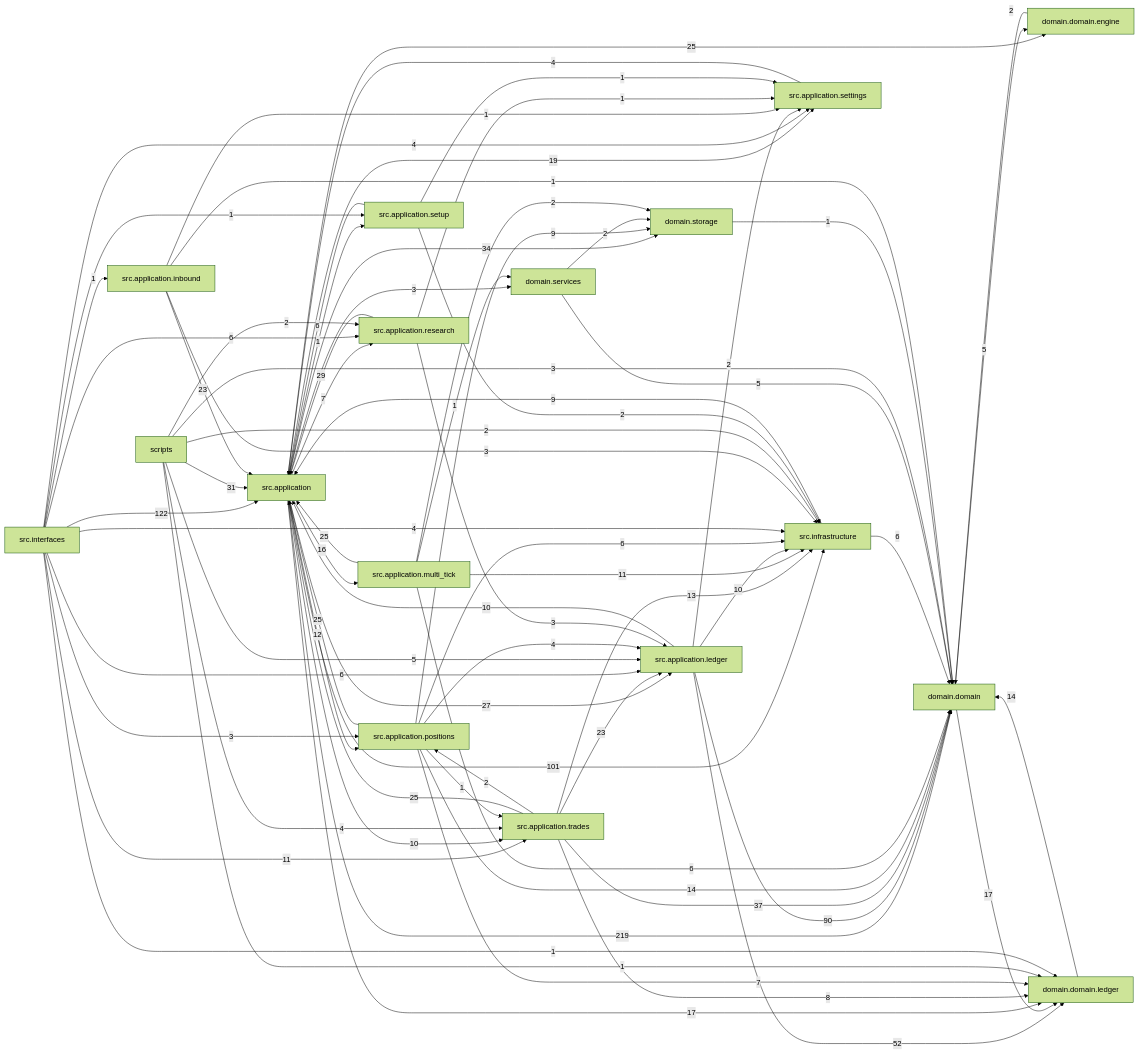
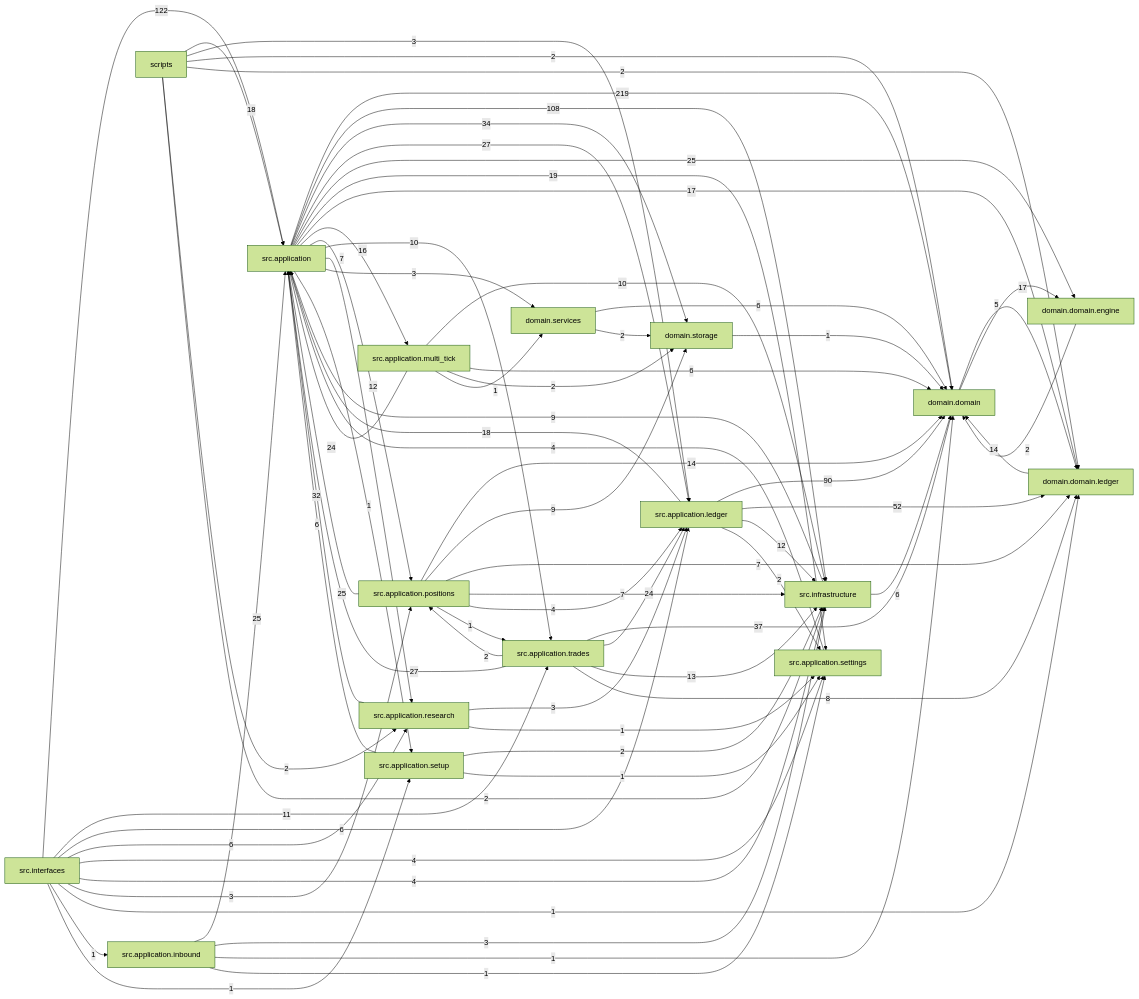
The diagram in docs/dependency_graph.mmd (liuxie066/options-monitor), drawn with Mermaid (forest theme) before and after one commit. The commit also changed 57 other files, not shown here.

First line of the commit message:
docs(guardrails): regenerate the dependency graph and record the new suite baseline

```diff
--- a/docs/dependency_graph.mmd
+++ b/docs/dependency_graph.mmd
@@ -1,74 +1,73 @@
 flowchart LR
   src_application["src.application"] -->|219| domain_domain["domain.domain"]
   src_interfaces["src.interfaces"] -->|122| src_application["src.application"]
-  src_application["src.application"] -->|101| src_infrastructure["src.infrastructure"]
+  src_application["src.application"] -->|108| src_infrastructure["src.infrastructure"]
   src_application_ledger["src.application.ledger"] -->|90| domain_domain["domain.domain"]
   src_application_ledger["src.application.ledger"] -->|52| domain_domain_ledger["domain.domain.ledger"]
   src_application_trades["src.application.trades"] -->|37| domain_domain["domain.domain"]
   src_application["src.application"] -->|34| domain_storage["domain.storage"]
-  scripts["scripts"] -->|31| src_application["src.application"]
-  src_application_research["src.application.research"] -->|29| src_application["src.application"]
+  src_application_research["src.application.research"] -->|32| src_application["src.application"]
   src_application["src.application"] -->|27| src_application_ledger["src.application.ledger"]
+  src_application_trades["src.application.trades"] -->|27| src_application["src.application"]
   src_application["src.application"] -->|25| domain_domain_engine["domain.domain.engine"]
-  src_application_multi_tick["src.application.multi_tick"] -->|25| src_application["src.application"]
+  src_application_inbound["src.application.inbound"] -->|25| src_application["src.application"]
   src_application_positions["src.application.positions"] -->|25| src_application["src.application"]
-  src_application_trades["src.application.trades"] -->|25| src_application["src.application"]
-  src_application_inbound["src.application.inbound"] -->|23| src_application["src.application"]
-  src_application_trades["src.application.trades"] -->|23| src_application_ledger["src.application.ledger"]
+  src_application_multi_tick["src.application.multi_tick"] -->|24| src_application["src.application"]
+  src_application_trades["src.application.trades"] -->|24| src_application_ledger["src.application.ledger"]
   src_application["src.application"] -->|19| src_application_settings["src.application.settings"]
+  scripts["scripts"] -->|18| src_application["src.application"]
+  src_application_ledger["src.application.ledger"] -->|18| src_application["src.application"]
   domain_domain["domain.domain"] -->|17| domain_domain_ledger["domain.domain.ledger"]
   src_application["src.application"] -->|17| domain_domain_ledger["domain.domain.ledger"]
   src_application["src.application"] -->|16| src_application_multi_tick["src.application.multi_tick"]
   domain_domain_ledger["domain.domain.ledger"] -->|14| domain_domain["domain.domain"]
   src_application_positions["src.application.positions"] -->|14| domain_domain["domain.domain"]
   src_application_trades["src.application.trades"] -->|13| src_infrastructure["src.infrastructure"]
   src_application["src.application"] -->|12| src_application_positions["src.application.positions"]
-  src_application_multi_tick["src.application.multi_tick"] -->|11| src_infrastructure["src.infrastructure"]
+  src_application_ledger["src.application.ledger"] -->|12| src_infrastructure["src.infrastructure"]
   src_interfaces["src.interfaces"] -->|11| src_application_trades["src.application.trades"]
   src_application["src.application"] -->|10| src_application_trades["src.application.trades"]
-  src_application_ledger["src.application.ledger"] -->|10| src_application["src.application"]
-  src_application_ledger["src.application.ledger"] -->|10| src_infrastructure["src.infrastructure"]
+  src_application_multi_tick["src.application.multi_tick"] -->|10| src_infrastructure["src.infrastructure"]
   src_application_positions["src.application.positions"] -->|9| domain_storage["domain.storage"]
   src_infrastructure["src.infrastructure"] -->|9| src_application["src.application"]
   src_application_trades["src.application.trades"] -->|8| domain_domain_ledger["domain.domain.ledger"]
   src_application["src.application"] -->|7| src_application_research["src.application.research"]
   src_application_positions["src.application.positions"] -->|7| domain_domain_ledger["domain.domain.ledger"]
+  src_application_positions["src.application.positions"] -->|7| src_infrastructure["src.infrastructure"]
+  domain_services["domain.services"] -->|6| domain_domain["domain.domain"]
   src_application_multi_tick["src.application.multi_tick"] -->|6| domain_domain["domain.domain"]
-  src_application_positions["src.application.positions"] -->|6| src_infrastructure["src.infrastructure"]
   src_application_setup["src.application.setup"] -->|6| src_application["src.application"]
   src_infrastructure["src.infrastructure"] -->|6| domain_domain["domain.domain"]
   src_interfaces["src.interfaces"] -->|6| src_application_ledger["src.application.ledger"]
   src_interfaces["src.interfaces"] -->|6| src_application_research["src.application.research"]
   domain_domain["domain.domain"] -->|5| domain_domain_engine["domain.domain.engine"]
-  domain_services["domain.services"] -->|5| domain_domain["domain.domain"]
-  scripts["scripts"] -->|5| src_application_ledger["src.application.ledger"]
-  scripts["scripts"] -->|4| src_application_trades["src.application.trades"]
   src_application_positions["src.application.positions"] -->|4| src_application_ledger["src.application.ledger"]
   src_application_settings["src.application.settings"] -->|4| src_application["src.application"]
   src_interfaces["src.interfaces"] -->|4| src_application_settings["src.application.settings"]
   src_interfaces["src.interfaces"] -->|4| src_infrastructure["src.infrastructure"]
-  scripts["scripts"] -->|3| domain_domain["domain.domain"]
+  scripts["scripts"] -->|3| src_application_ledger["src.application.ledger"]
   src_application["src.application"] -->|3| domain_services["domain.services"]
   src_application_inbound["src.application.inbound"] -->|3| src_infrastructure["src.infrastructure"]
   src_application_research["src.application.research"] -->|3| src_application_ledger["src.application.ledger"]
   src_interfaces["src.interfaces"] -->|3| src_application_positions["src.application.positions"]
   domain_domain_engine["domain.domain.engine"] -->|2| domain_domain["domain.domain"]
   domain_services["domain.services"] -->|2| domain_storage["domain.storage"]
+  scripts["scripts"] -->|2| domain_domain["domain.domain"]
+  scripts["scripts"] -->|2| domain_domain_ledger["domain.domain.ledger"]
   scripts["scripts"] -->|2| src_application_research["src.application.research"]
   scripts["scripts"] -->|2| src_infrastructure["src.infrastructure"]
   src_application_ledger["src.application.ledger"] -->|2| src_application_settings["src.application.settings"]
   src_application_multi_tick["src.application.multi_tick"] -->|2| domain_storage["domain.storage"]
   src_application_setup["src.application.setup"] -->|2| src_infrastructure["src.infrastructure"]
   src_application_trades["src.application.trades"] -->|2| src_application_positions["src.application.positions"]
   domain_storage["domain.storage"] -->|1| domain_domain["domain.domain"]
-  scripts["scripts"] -->|1| domain_domain_ledger["domain.domain.ledger"]
   src_application["src.application"] -->|1| src_application_setup["src.application.setup"]
   src_application_inbound["src.application.inbound"] -->|1| domain_domain["domain.domain"]
   src_application_inbound["src.application.inbound"] -->|1| src_application_settings["src.application.settings"]
   src_application_multi_tick["src.application.multi_tick"] -->|1| domain_services["domain.services"]
   src_application_positions["src.application.positions"] -->|1| src_application_trades["src.application.trades"]
   src_application_research["src.application.research"] -->|1| src_application_settings["src.application.settings"]
   src_application_setup["src.application.setup"] -->|1| src_application_settings["src.application.settings"]
   src_interfaces["src.interfaces"] -->|1| domain_domain_ledger["domain.domain.ledger"]
   src_interfaces["src.interfaces"] -->|1| src_application_inbound["src.application.inbound"]
   src_interfaces["src.interfaces"] -->|1| src_application_setup["src.application.setup"]
```
